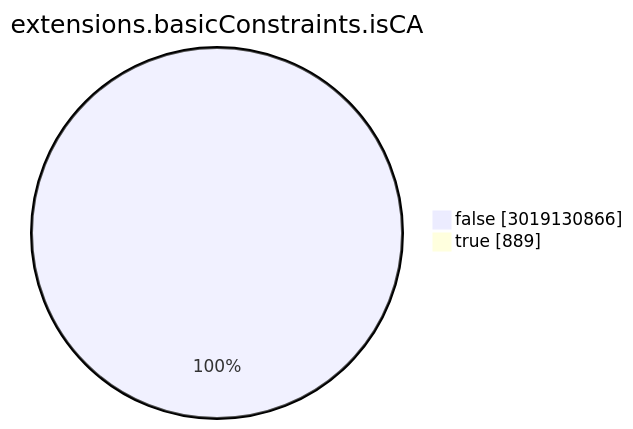
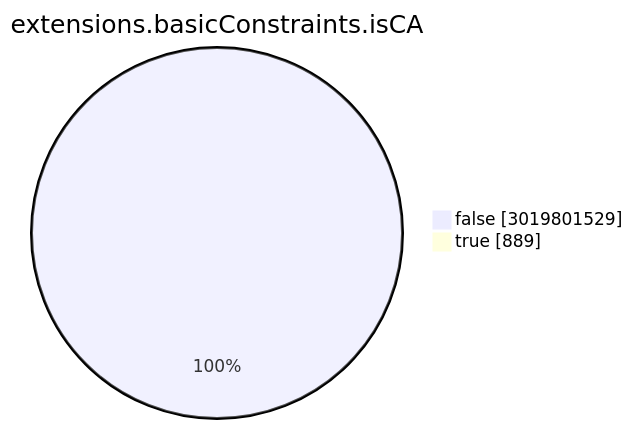
The seventh of 15 diagrams in TOTAL/README.md (christiankrug/ctmonitor_visualization), drawn with Mermaid before and after one commit. The commit also changed other lines of this file, not shown here.

````diff
--- a/TOTAL/README.md
+++ b/TOTAL/README.md
@@ -3085,6 +3085,6 @@
 ```mermaid
 pie showData
 title extensions.basicConstraints.isCA
-"false" :3019130866
+"false" :3019801529
 "true" :889
 ```
````
